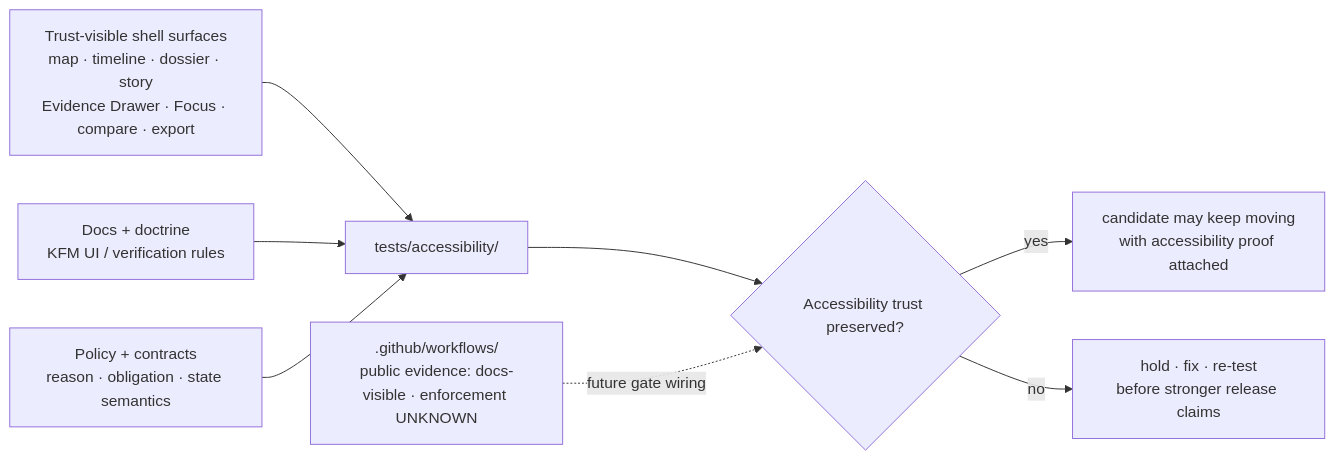
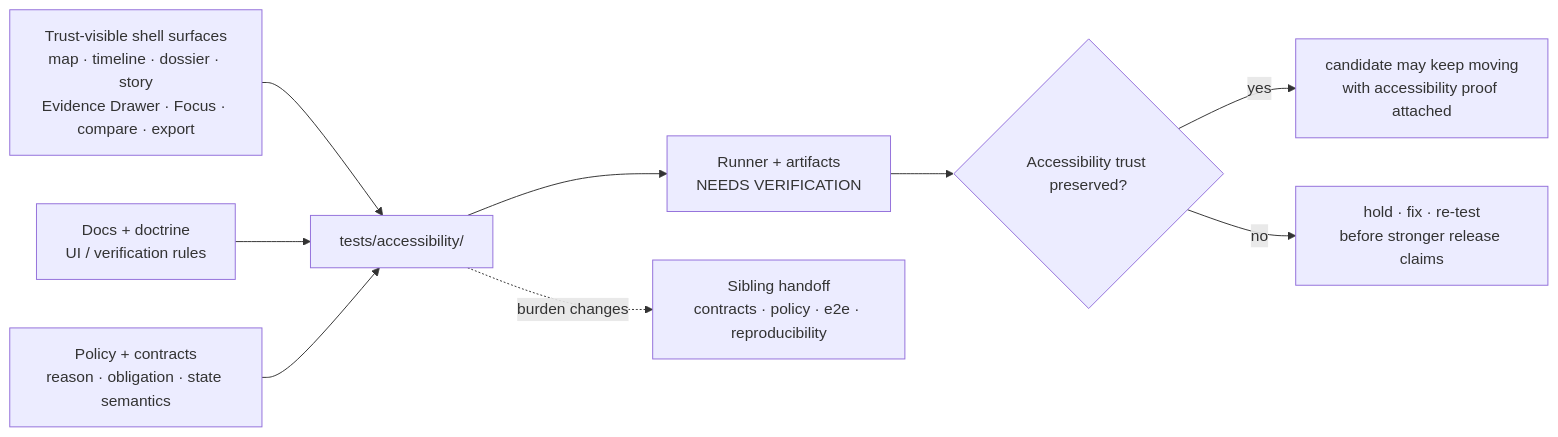
Before and after one commit to bartytime4life/Kansas-Frontier-Matrix: the diagram in tests/accessibility/README.md, drawn with Mermaid. The commit also changed other lines of this file, not shown here.

````diff
--- a/tests/accessibility/README.md
+++ b/tests/accessibility/README.md
@@ -291,19 +320,21 @@
 ```mermaid
 flowchart LR
     S["Trust-visible shell surfaces<br/>map · timeline · dossier · story<br/>Evidence Drawer · Focus · compare · export"]
-    D["Docs + doctrine<br/>KFM UI / verification rules"]
+    D["Docs + doctrine<br/>UI / verification rules"]
     P["Policy + contracts<br/>reason · obligation · state semantics"]
     A["tests/accessibility/"]
-    W[".github/workflows/<br/>public evidence: docs-visible · enforcement UNKNOWN"]
+    R["Runner + artifacts<br/>NEEDS VERIFICATION"]
     G{"Accessibility trust preserved?"}
     OK["candidate may keep moving<br/>with accessibility proof attached"]
     FIX["hold · fix · re-test<br/>before stronger release claims"]
+    H["Sibling handoff<br/>contracts · policy · e2e · reproducibility"]
 
     S --> A
     D --> A
     P --> A
-    A --> G
-    W -. future gate wiring .-> G
+    A --> R
+    R --> G
     G -->|yes| OK
     G -->|no| FIX
+    A -. burden changes .-> H
 ```
````
